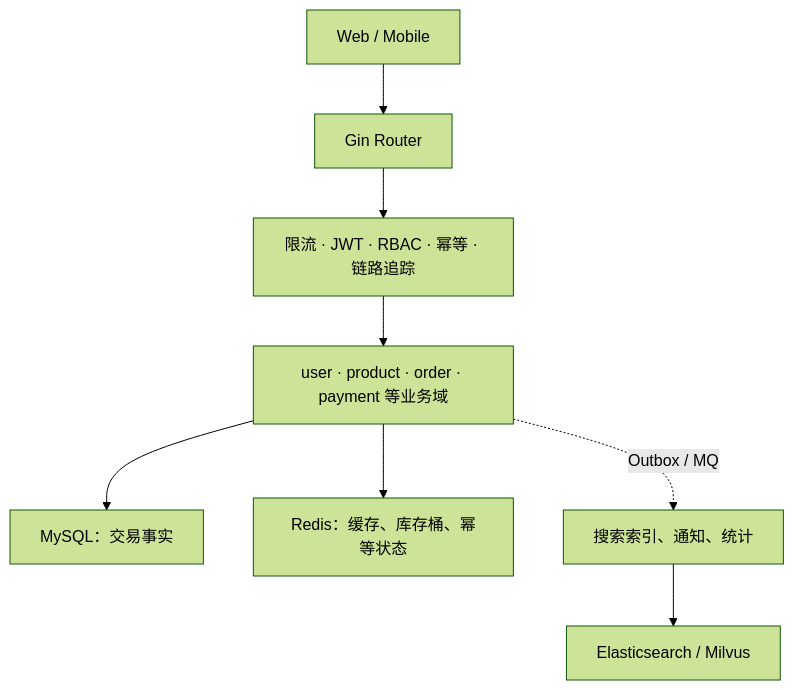
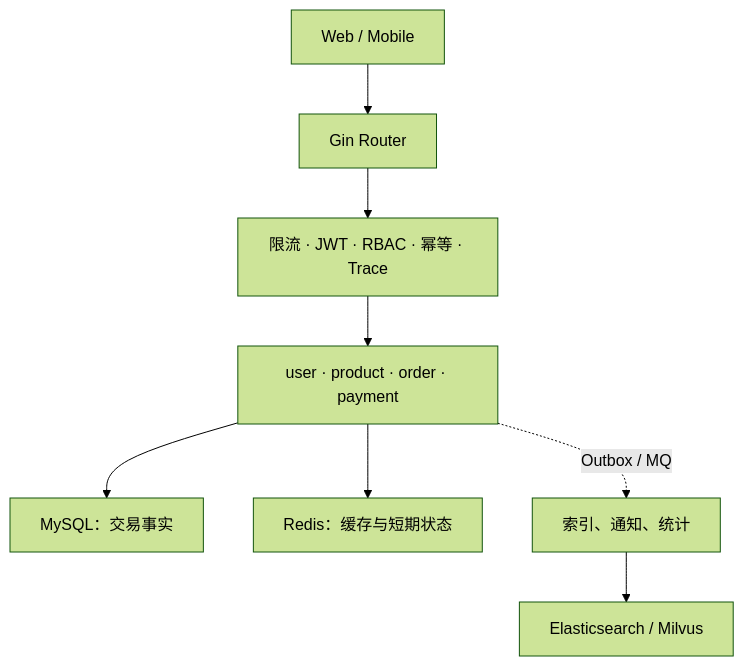
One commit to RedInn7/gomall changed the second of 4 diagrams in docs/lecture/00-overview.md. Above: the diagram before and after it, drawn with Mermaid (forest theme). The commit also changed other lines of this file and 3 other files, not shown here.

````diff
--- a/docs/lecture/00-overview.md
+++ b/docs/lecture/00-overview.md
@@ -49,10 +57,10 @@
 ```mermaid
 flowchart TB
     client["Web / Mobile"] --> router["Gin Router"]
-    router --> middleware["限流 · JWT · RBAC · 幂等 · 链路追踪"]
-    middleware --> service["user · product · order · payment 等业务域"]
+    router --> middleware["限流 · JWT · RBAC · 幂等 · Trace"]
+    middleware --> service["user · product · order · payment"]
     service --> mysql["MySQL：交易事实"]
-    service --> redis["Redis：缓存、库存桶、幂等状态"]
-    service -. "Outbox / MQ" .-> async["搜索索引、通知、统计"]
-    async --> es["Elasticsearch / Milvus"]
+    service --> redis["Redis：缓存与短期状态"]
+    service -. "Outbox / MQ" .-> async["索引、通知、统计"]
+    async --> search["Elasticsearch / Milvus"]
 ```
````
